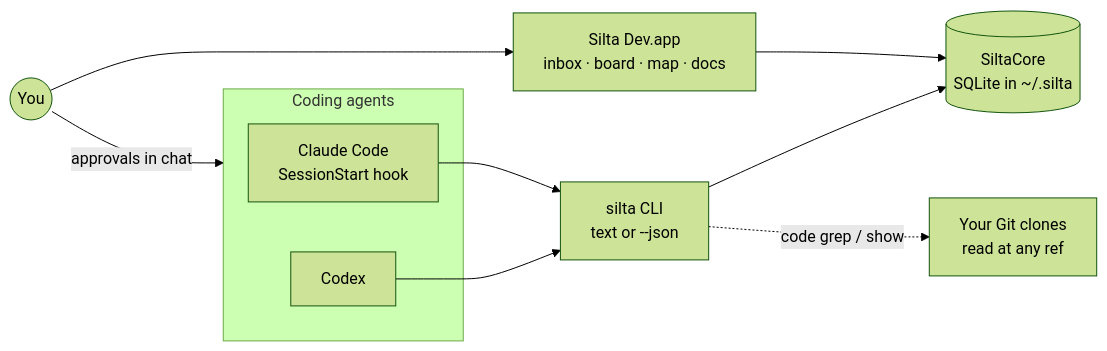
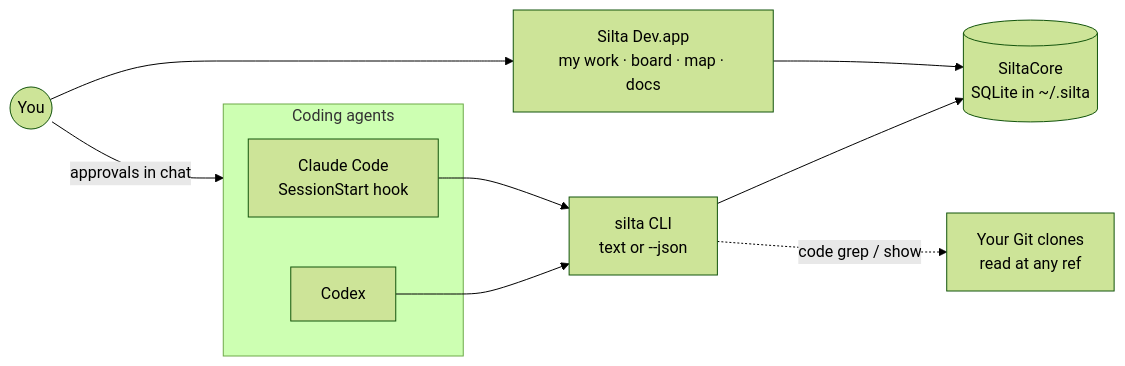
One commit to valtteriluomapareto/silta changed the diagram in README.md. Above: the diagram before and after it, drawn with Mermaid (forest theme). The commit also changed other lines of this file, not shown here.

````diff
--- a/README.md
+++ b/README.md
@@ -138,20 +140,20 @@
 ```mermaid
 flowchart LR
   subgraph agents["Coding agents"]
     CC["Claude Code<br/>SessionStart hook"]
     CX["Codex"]
   end
   CLI["silta CLI<br/>text or --json"]
   CORE[("SiltaCore<br/>SQLite in ~/.silta")]
   GIT["Your Git clones<br/>read at any ref"]
-  APP["Silta Dev.app<br/>inbox · board · map · docs"]
+  APP["Silta Dev.app<br/>my work · board · map · docs"]
   YOU(("You"))
 
   CC --> CLI
   CX --> CLI
   CLI --> CORE
   CLI -. code grep / show .-> GIT
   APP --> CORE
   YOU --> APP
   YOU -- "approvals in chat" --> agents
 ```
````
